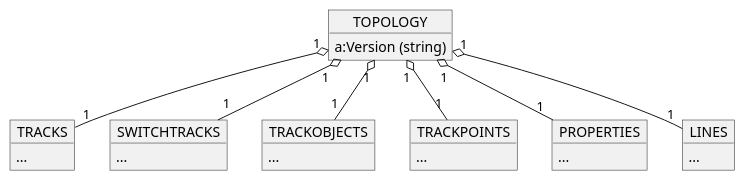
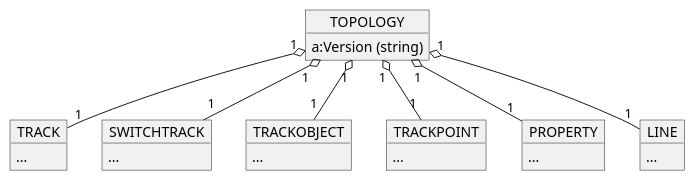
One commit to OpenRailAssociation/rcm-dx changed the seventh of 13 diagrams in images/rcm-dx-images.puml. Above: the diagram before and after it, drawn with PlantUML. The commit also changed other lines of this file and 17 other files, not shown here.

```diff
--- a/images/rcm-dx-images.puml
+++ b/images/rcm-dx-images.puml
@@ -258,35 +182,35 @@
 @startuml rcmdx_topology_group
   object TOPOLOGY {
     a:Version (string)
   }
 
-  object TRACKS {
+  object TRACK {
     ...
   }
-  TOPOLOGY "1" o-- "1" TRACKS
+  TOPOLOGY "1" o-- "1" TRACK
 
-  object SWITCHTRACKS {
+  object SWITCHTRACK {
     ...
   }
-  TOPOLOGY "1" o-- "1" SWITCHTRACKS
+  TOPOLOGY "1" o-- "1" SWITCHTRACK
 
-  object TRACKOBJECTS {
+  object TRACKOBJECT {
     ...
   }
-  TOPOLOGY "1" o-- "1" TRACKOBJECTS
+  TOPOLOGY "1" o-- "1" TRACKOBJECT
 
-  object TRACKPOINTS {
+  object TRACKPOINT {
     ...
   }
-  TOPOLOGY "1" o-- "1" TRACKPOINTS
+  TOPOLOGY "1" o-- "1" TRACKPOINT
 
-  object PROPERTIES {
+  object PROPERTY {
     ...
   }
-  TOPOLOGY "1" o-- "1" PROPERTIES
+  TOPOLOGY "1" o-- "1" PROPERTY
 
-  object LINES {
+  object LINE {
     ...
   }
-  TOPOLOGY "1" o-- "1" LINES
+  TOPOLOGY "1" o-- "1" LINE
 @enduml
```
